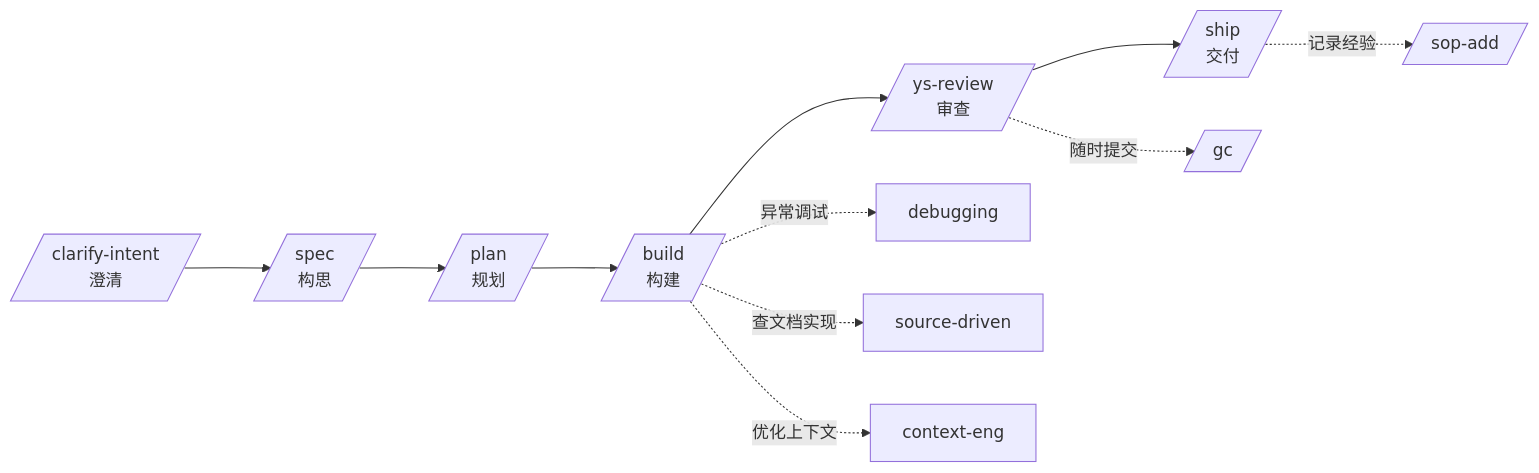
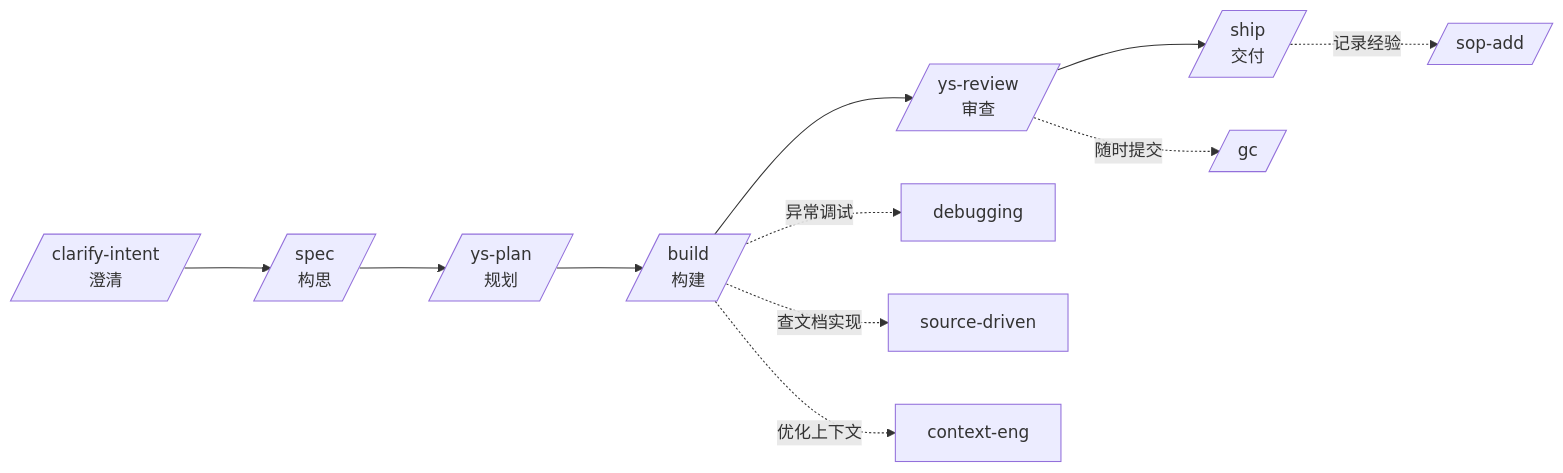
One commit to carl10086/ys-powers changed the first of 2 diagrams in README.md. Above: the diagram before and after it, drawn with Mermaid. The commit also changed other lines of this file and 13 other files, not shown here.

````diff
--- a/README.md
+++ b/README.md
@@ -83,14 +83,14 @@
 ```mermaid
 flowchart LR
     A[/clarify-intent<br/>澄清/] --> B[/spec<br/>构思/]
-    B --> C[/plan<br/>规划/]
+    B --> C[/ys-plan<br/>规划/]
     C --> D[/build<br/>构建/]
     D --> E[/ys-review<br/>审查/]
     E --> F[/ship<br/>交付/]
 
     D -.异常调试.-> G[debugging]
     D -.查文档实现.-> H[source-driven]
     D -.优化上下文.-> I[context-eng]
     E -.随时提交.-> J[/gc/]
     F -.记录经验.-> K[/sop-add/]
 ```
````
